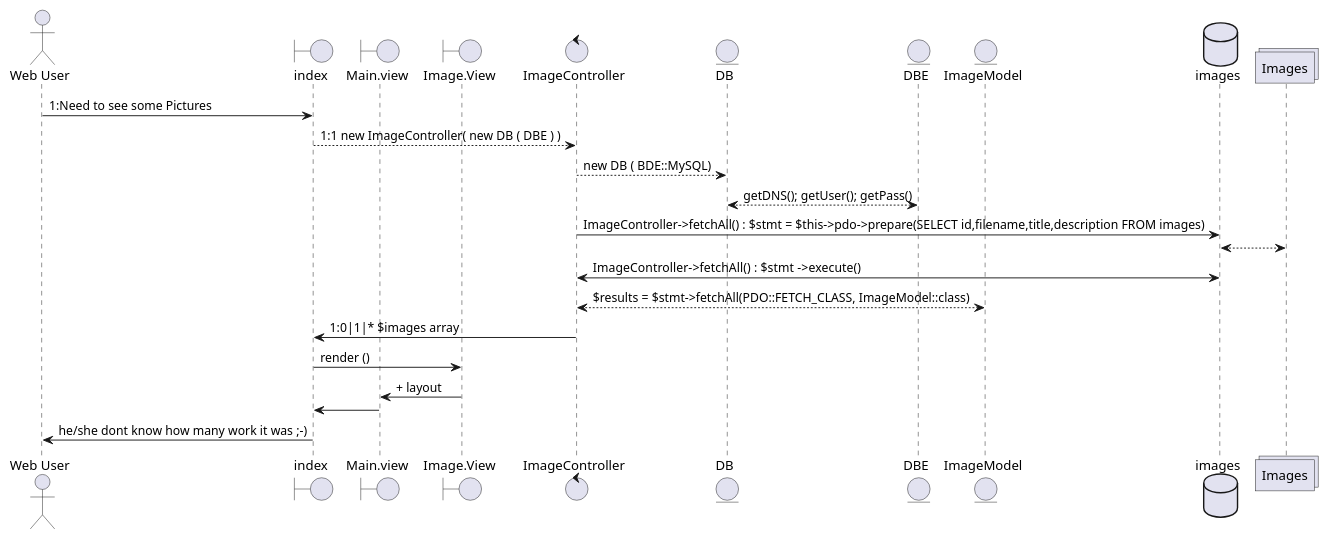
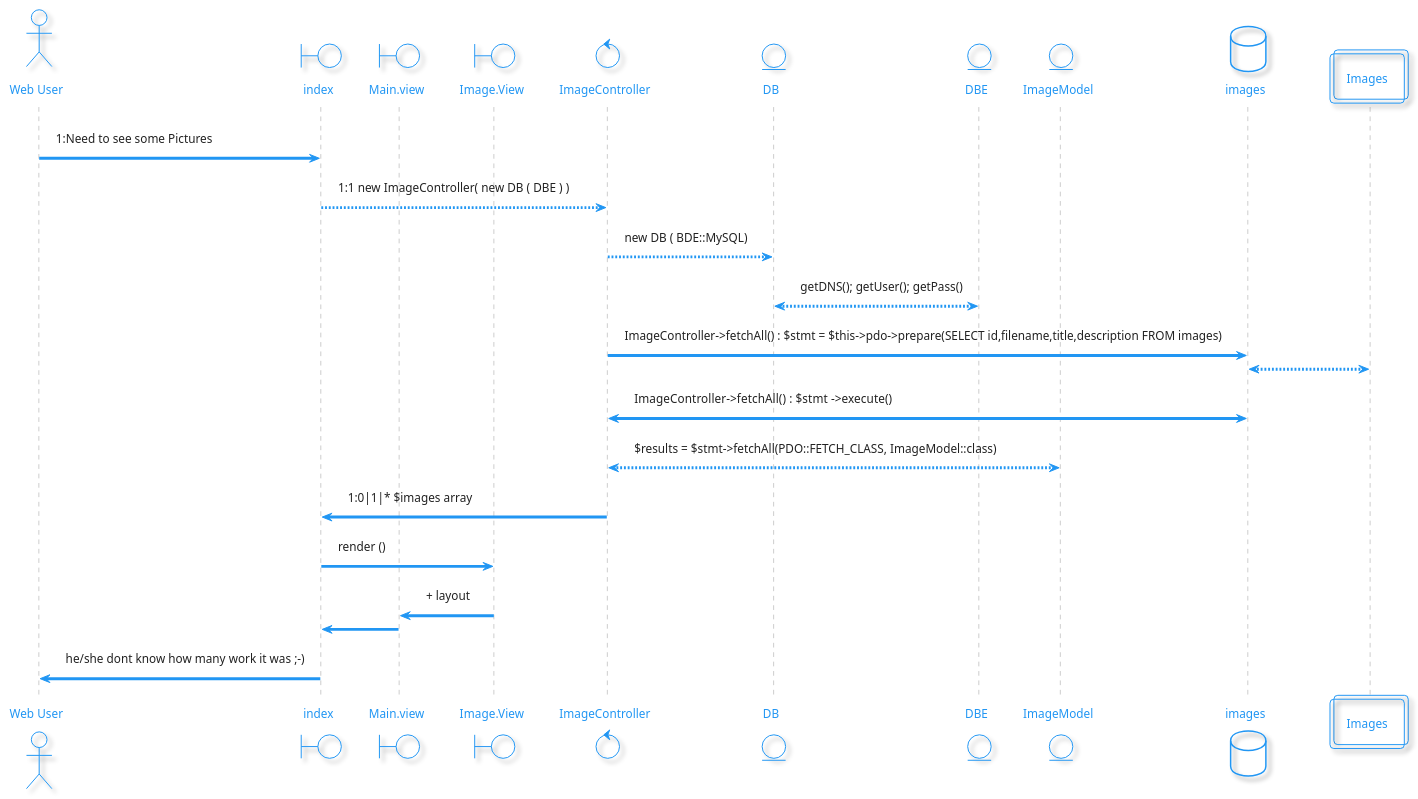
Before and after one commit to tonisun/Cologne-Picture-Gallery: the diagram in out/doc/mvc_seq_dia.plantuml, drawn with PlantUML. The commit also changed 5 other files, not shown here.

Commit message:
add themes 4 plantuml

```diff
--- a/out/doc/mvc_seq_dia.plantuml
+++ b/out/doc/mvc_seq_dia.plantuml
@@ -1,37 +1,38 @@
 @startuml
+!theme materia-outline
 actor "Web User" as WU
 boundary "index" as i
 boundary "Main.view" as Mv
 boundary "Image.View" as IV
 control "ImageController" as IC
 entity DB
 entity DBE
 entity ImageModel
 database images
 collections Images
 WU -> i: 1:Need to see some Pictures
 
 i --> IC: 1:1 new ImageController( new DB ( DBE ) ) 
 
 IC --> DB : new DB ( BDE::MySQL)
 
 DBE <--> DB: getDNS(); getUser(); getPass()
 
 IC -> images: ImageController->fetchAll() : $stmt = $this->pdo->prepare(SELECT id,filename,title,description FROM images)
 
 images <-->Images:
 
 images <-> IC: ImageController->fetchAll() :  $stmt ->execute() 
 
 IC <--> ImageModel : $results = $stmt->fetchAll(PDO::FETCH_CLASS, ImageModel::class)
 
 IC -> i : 1:0|1|* $images array
 
 i -> IV: render ()
 
 IV -> Mv: + layout
 
 Mv -> i
 
 i -> WU: he/she dont know how many work it was ;-)
 @enduml
```
